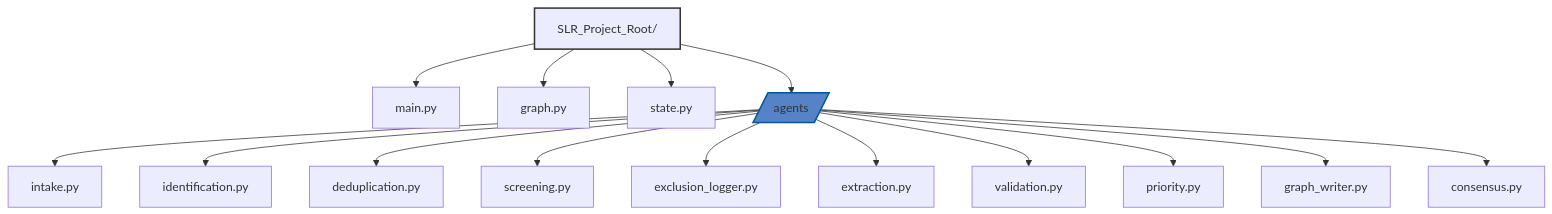
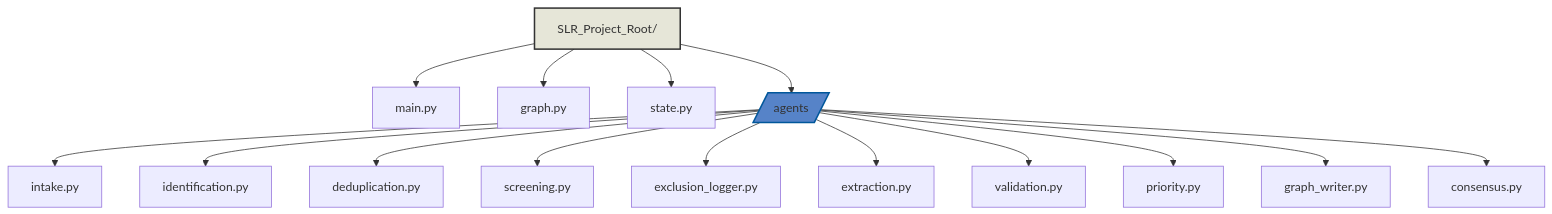
One commit to adityatw/slr-cell changed the second of 2 diagrams in README.md. Above: the diagram before and after it, drawn with Mermaid.

````diff
--- a/README.md
+++ b/README.md
@@ -77,22 +77,22 @@
 ```mermaid
 graph TD
     Root[SLR_Project_Root/]
     Root --> Main[main.py]
     Root --> Graph[graph.py]
     Root --> State[state.py]
     Root --> AgentsSub[/agents/]
     AgentsSub --> Intake[intake.py]
     AgentsSub --> Identify[identification.py]
     AgentsSub --> Dedup[deduplication.py]
     AgentsSub --> Screen[screening.py]
     AgentsSub --> Exclude[exclusion_logger.py]
     AgentsSub --> Extract[extraction.py]
     AgentsSub --> Validate[validation.py]
     AgentsSub --> Priority[priority.py]
     AgentsSub --> GraphWriter[graph_writer.py]
     AgentsSub --> Consensus[consensus.py]
 
     %% Styling
     style AgentsSub fill:#5683c8,stroke:#01579b,stroke-width:2px
-    style Root fill:#,stroke:#333,stroke-width:2px
+    style Root fill:#e6e6d8,stroke:#333,stroke-width:2px
 ```
````
